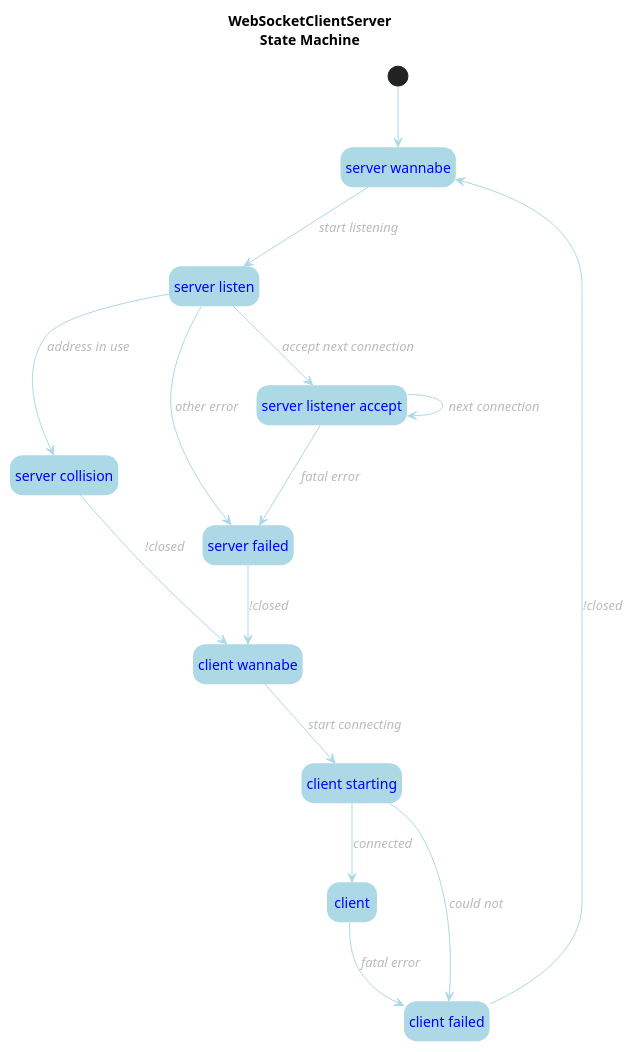
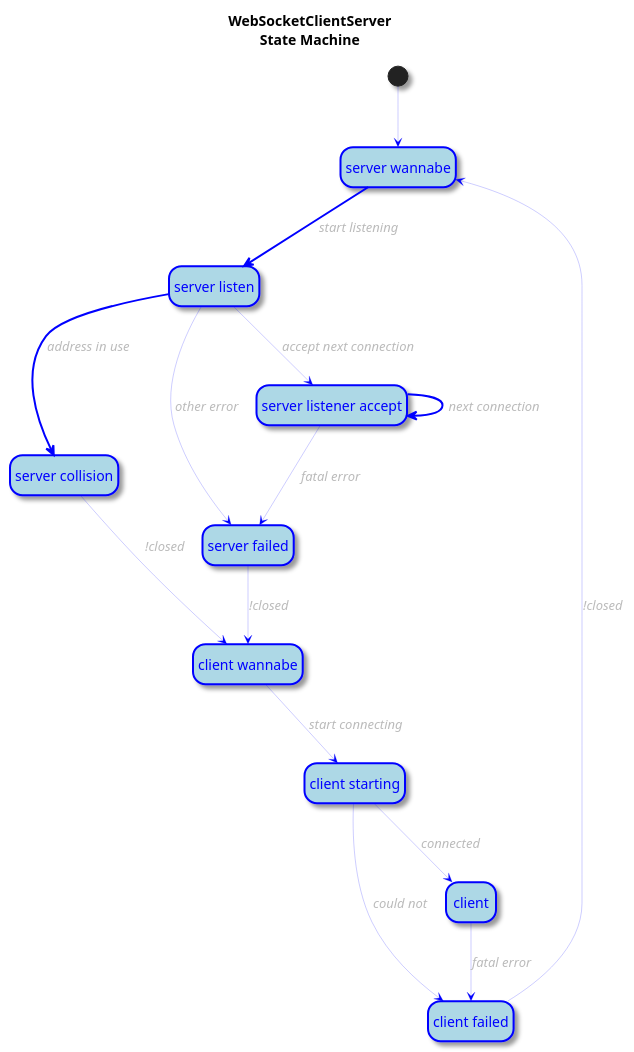
Before and after one commit to hugojosefson/deno-websocket-broadcastchannel: the diagram in src/client-server-state.puml, drawn with PlantUML. The commit also changed 1 other file, not shown here.

```diff
--- a/src/client-server-state.puml
+++ b/src/client-server-state.puml
@@ -1,32 +1,36 @@
 @startuml
 hide empty description
+skinparam shadowing true
 skinparam ArrowFontColor #bbb
 skinparam ArrowFontStyle italic
-skinparam ArrowColor lightblue
+skinparam ArrowColor blue
+skinparam ArrowThickness 0.2
 skinparam StateFontColor blue
 skinparam StateBackgroundColor lightblue
-skinparam StateBorderColor none
+skinparam StateBorderColor blue
+skinparam StateBorderThickness 2
 title "WebSocketClientServer\nState Machine"
 state "server wannabe" as server_wannabe
 state "server listen" as server_listen
 state "server listener accept" as server_listener_accept
 state "server collision" as server_collision
 state "server failed" as server_failed
 state "client wannabe" as client_wannabe
 state "client starting" as client_starting
+state "client" as client
 state "client failed" as client_failed
 [*] --> server_wannabe
-server_wannabe --> server_listen: start listening
-server_listen --> server_collision: address in use
+server_wannabe -[thickness=2]-> server_listen: start listening
+server_listen -[thickness=2]-> server_collision: address in use
 server_listen --> server_listener_accept: accept next connection
 server_listen --> server_failed: other error
-server_listener_accept --> server_listener_accept: next connection
+server_listener_accept -[thickness=2]-> server_listener_accept: next connection
 server_listener_accept --> server_failed: fatal error
 server_collision --> client_wannabe: !closed
 server_failed --> client_wannabe: !closed
 client_wannabe --> client_starting: start connecting
 client_starting --> client: connected
 client_starting --> client_failed: could not
 client --> client_failed: fatal error
 client_failed --> server_wannabe: !closed
 @enduml
```
